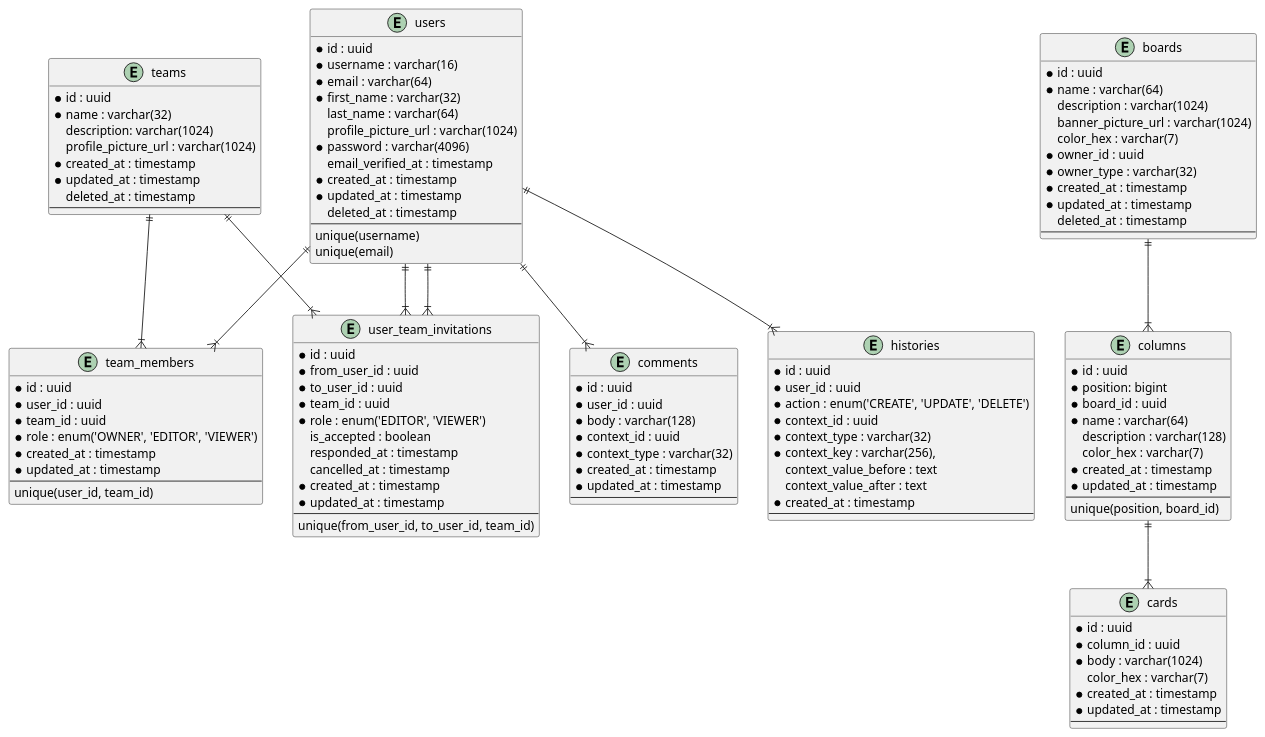
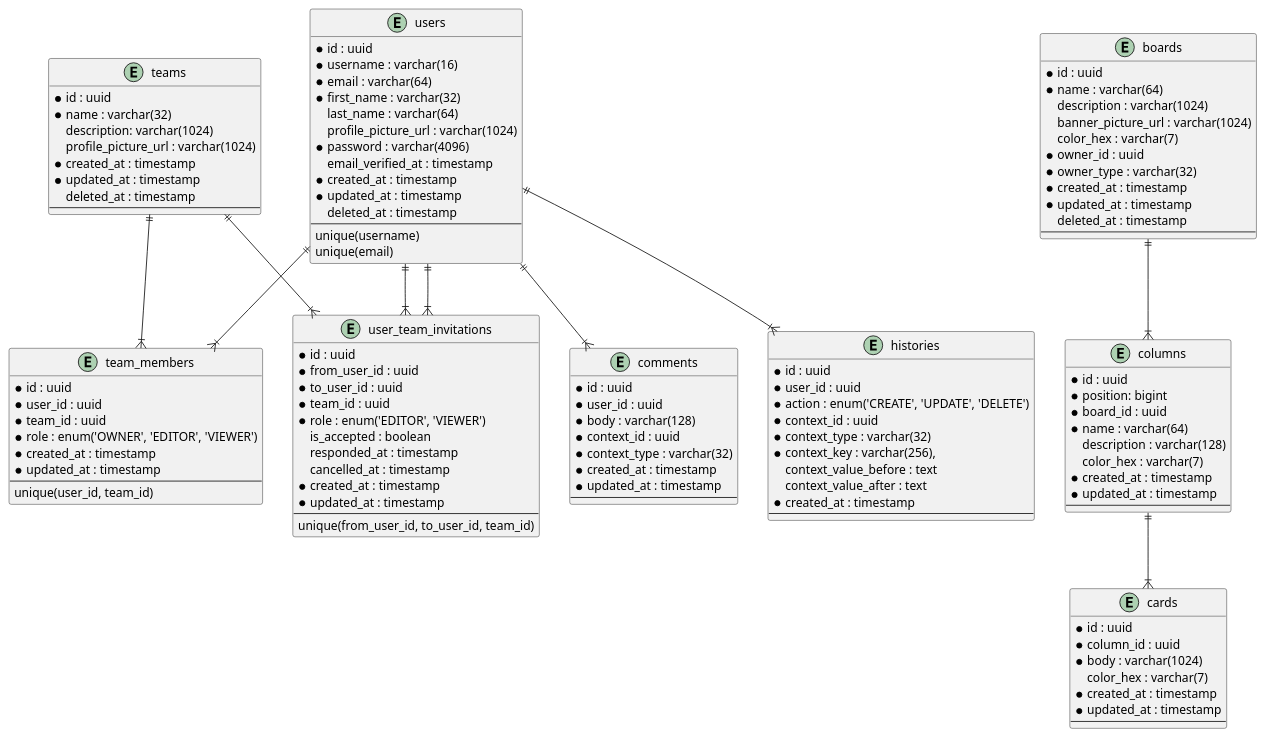
One commit to stackpan/tasque-server changed the diagram in docs/database/schema.puml. Above: the diagram before and after it, drawn with PlantUML.

Commit message:
Database schema 1.6

```diff
--- a/docs/database/schema.puml
+++ b/docs/database/schema.puml
@@ -1,128 +1,127 @@
 @startuml Tasque database schema
 
 entity users {
     * id : uuid
     * username : varchar(16)
     * email : varchar(64)
     * first_name : varchar(32)
     last_name : varchar(64)
     profile_picture_url : varchar(1024)
     * password : varchar(4096)
     email_verified_at : timestamp
     * created_at : timestamp
     * updated_at : timestamp
     deleted_at : timestamp
     --
     unique(username)
     unique(email)
 }
 
 entity teams {
     * id : uuid
     * name : varchar(32)
     description: varchar(1024)
     profile_picture_url : varchar(1024)
     * created_at : timestamp
     * updated_at : timestamp
     deleted_at : timestamp
     --
 }
 
 entity team_members {
     * id : uuid
     * user_id : uuid
     * team_id : uuid
     * role : enum('OWNER', 'EDITOR', 'VIEWER')
     * created_at : timestamp
     * updated_at : timestamp
     --
     unique(user_id, team_id)
 }
 
 entity user_team_invitations {
     * id : uuid
     * from_user_id : uuid
     * to_user_id : uuid
     * team_id : uuid
     * role : enum('EDITOR', 'VIEWER')
     is_accepted : boolean
     responded_at : timestamp
     cancelled_at : timestamp
     * created_at : timestamp
     * updated_at : timestamp
     --
     unique(from_user_id, to_user_id, team_id)
 }
 
 entity boards {
     * id : uuid
     * name : varchar(64)
     description : varchar(1024)
     banner_picture_url : varchar(1024)
     color_hex : varchar(7)
     * owner_id : uuid
     * owner_type : varchar(32)
     * created_at : timestamp
     * updated_at : timestamp
     deleted_at : timestamp
     --
 }
 
 entity columns {
     * id : uuid
     * position: bigint
     * board_id : uuid
     * name : varchar(64)
     description : varchar(128)
     color_hex : varchar(7)
     * created_at : timestamp
     * updated_at : timestamp
     --
-    unique(position, board_id)
 }
 
 entity cards {
     * id : uuid
     * column_id : uuid
     * body : varchar(1024)
     color_hex : varchar(7)
     * created_at : timestamp
     * updated_at : timestamp
     --
 }
 
 entity comments {
     * id : uuid
     * user_id : uuid
     * body : varchar(128)
     * context_id : uuid
     * context_type : varchar(32)
     * created_at : timestamp
     * updated_at : timestamp
     --
 }
 
 entity histories {
     * id : uuid
     * user_id : uuid
     * action : enum('CREATE', 'UPDATE', 'DELETE')
     * context_id : uuid
     * context_type : varchar(32)
     * context_key : varchar(256),
     context_value_before : text
     context_value_after : text
     * created_at : timestamp
     --
 }
 
 users ||--|{ team_members
 teams ||--|{ team_members
 users ||--|{ user_team_invitations
 users ||--|{ user_team_invitations
 teams ||--|{ user_team_invitations
 boards ||--|{ columns
 columns ||--|{ cards
 users ||--|{ comments
 users ||--|{ histories
 
 @enduml
```
